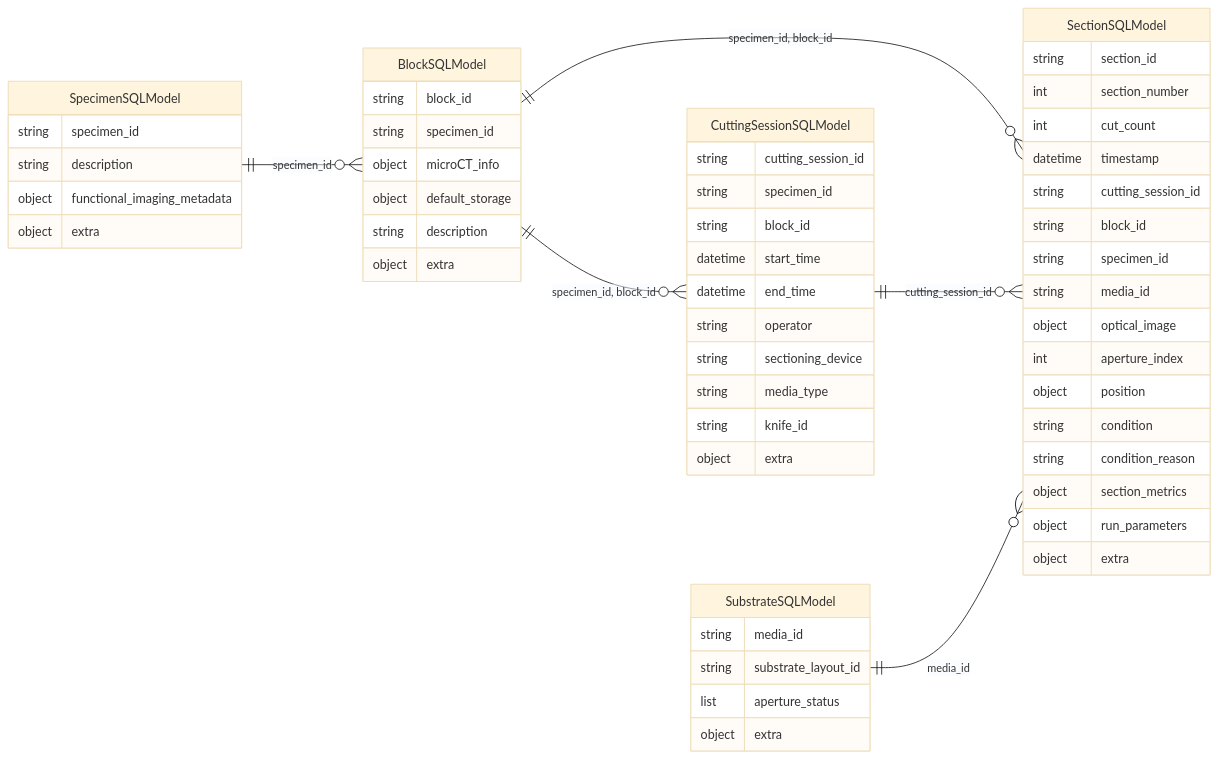
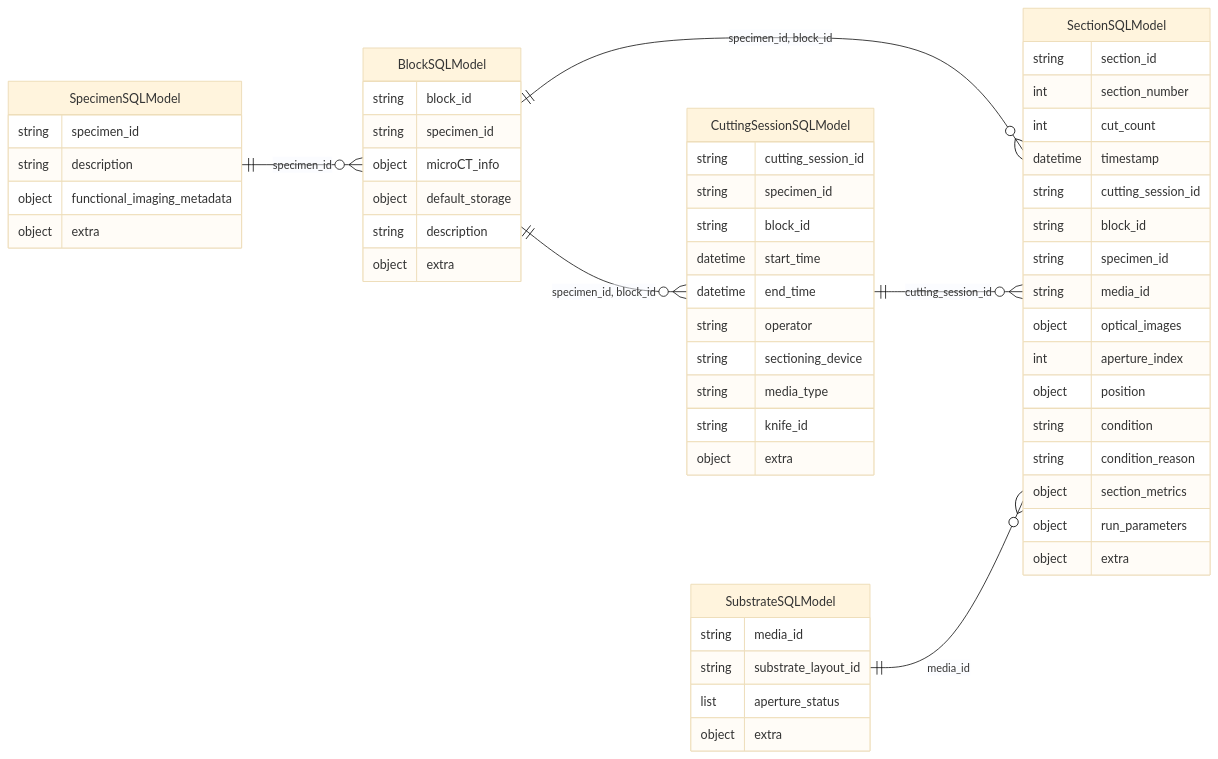
One commit to TilEM-project/TEMdb changed the diagram in docs/schema_Preparation_erd.md. Above: the diagram before and after it, drawn with Mermaid (base theme). The commit also changed 22 other files, not shown here.

````diff
--- a/docs/schema_Preparation_erd.md
+++ b/docs/schema_Preparation_erd.md
@@ -3,59 +3,59 @@
 ```mermaid
 erDiagram
     direction LR
     BlockSQLModel ||--o{ CuttingSessionSQLModel : "specimen_id, block_id"
     BlockSQLModel ||--o{ SectionSQLModel : "specimen_id, block_id"
     CuttingSessionSQLModel ||--o{ SectionSQLModel : "cutting_session_id"
     SpecimenSQLModel ||--o{ BlockSQLModel : "specimen_id"
     SubstrateSQLModel ||--o{ SectionSQLModel : "media_id"
     BlockSQLModel {
         string block_id
         string specimen_id
         object microCT_info
         object default_storage
         string description
         object extra
     }
     CuttingSessionSQLModel {
         string cutting_session_id
         string specimen_id
         string block_id
         datetime start_time
         datetime end_time
         string operator
         string sectioning_device
         string media_type
         string knife_id
         object extra
     }
     SectionSQLModel {
         string section_id
         int section_number
         int cut_count
         datetime timestamp
         string cutting_session_id
         string block_id
         string specimen_id
         string media_id
-        object optical_image
+        object optical_images
         int aperture_index
         object position
         string condition
         string condition_reason
         object section_metrics
         object run_parameters
         object extra
     }
     SpecimenSQLModel {
         string specimen_id
         string description
         object functional_imaging_metadata
         object extra
     }
     SubstrateSQLModel {
         string media_id
         string substrate_layout_id
         list aperture_status
         object extra
     }
 ```
````
